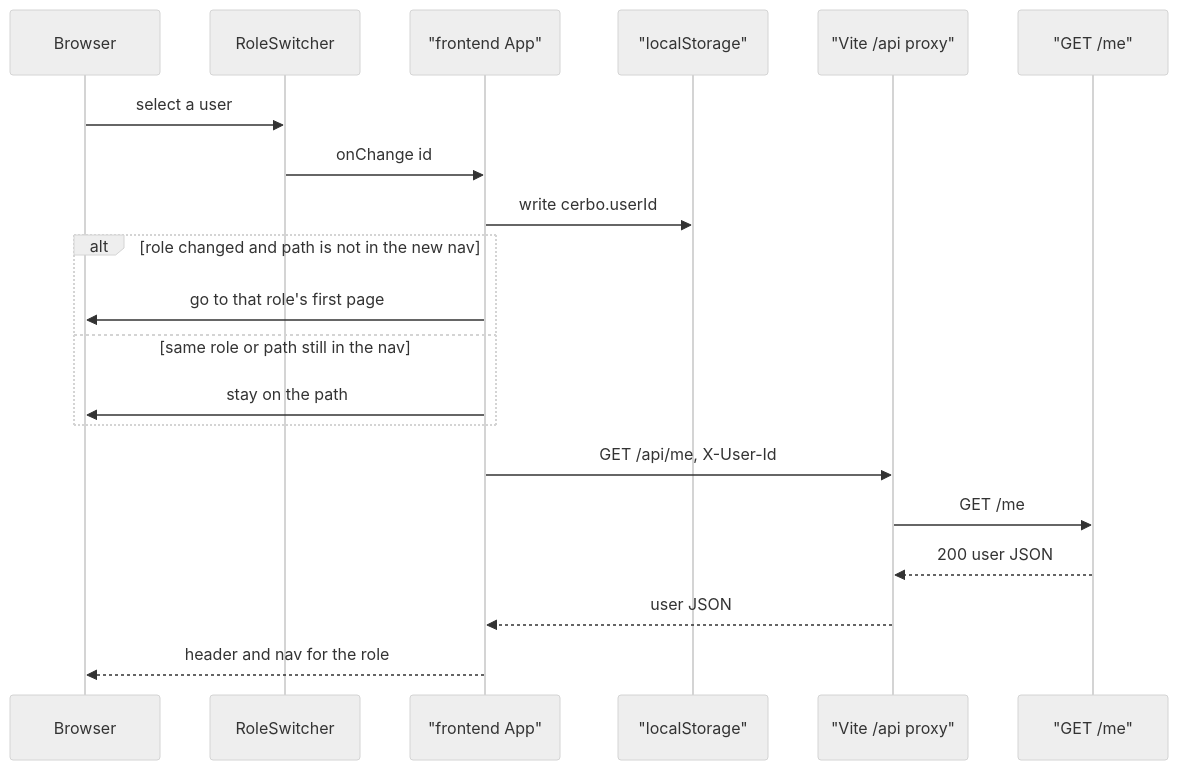
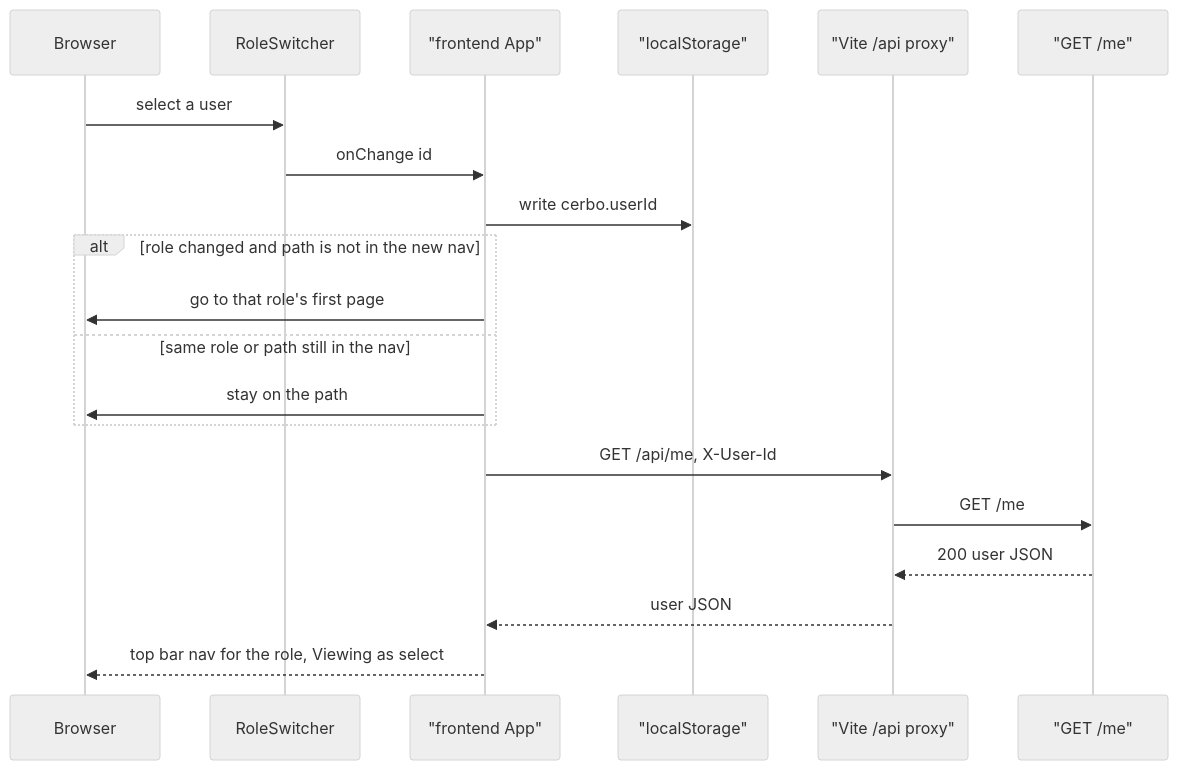
The fourth of 10 diagrams in docs/diagrams/flows/frontend-shell.md (drtclem/cerbo_wk1), drawn with Mermaid (neutral theme) before and after one commit. The commit also changed other lines of this file and 26 other files, not shown here.

Commit message:
T18: design system, app shell, and split bar

````diff
--- a/docs/diagrams/flows/frontend-shell.md
+++ b/docs/diagrams/flows/frontend-shell.md
@@ -145,23 +145,23 @@
 ```mermaid
 sequenceDiagram
   participant Browser
   participant Switch as RoleSwitcher
   participant App as "frontend App"
   participant Store as "localStorage"
   participant Proxy as "Vite /api proxy"
   participant API as "GET /me"
 
   Browser->>Switch: select a user
   Switch->>App: onChange id
   App->>Store: write cerbo.userId
   alt role changed and path is not in the new nav
     App->>Browser: go to that role's first page
   else same role or path still in the nav
     App->>Browser: stay on the path
   end
   App->>Proxy: GET /api/me, X-User-Id
   Proxy->>API: GET /me
   API-->>Proxy: 200 user JSON
   Proxy-->>App: user JSON
-  App-->>Browser: header and nav for the role
+  App-->>Browser: top bar nav for the role, Viewing as select
 ```
````
